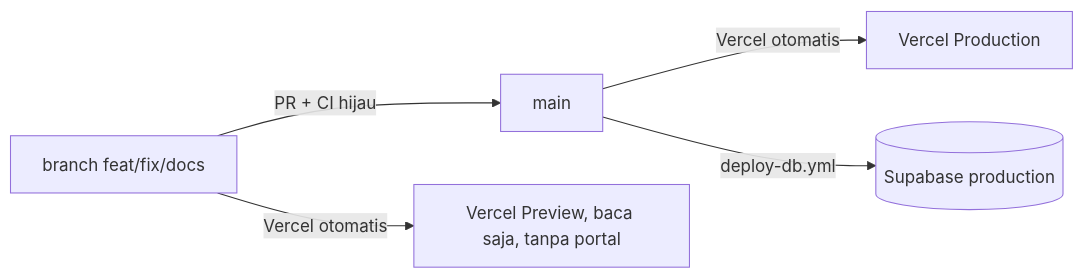
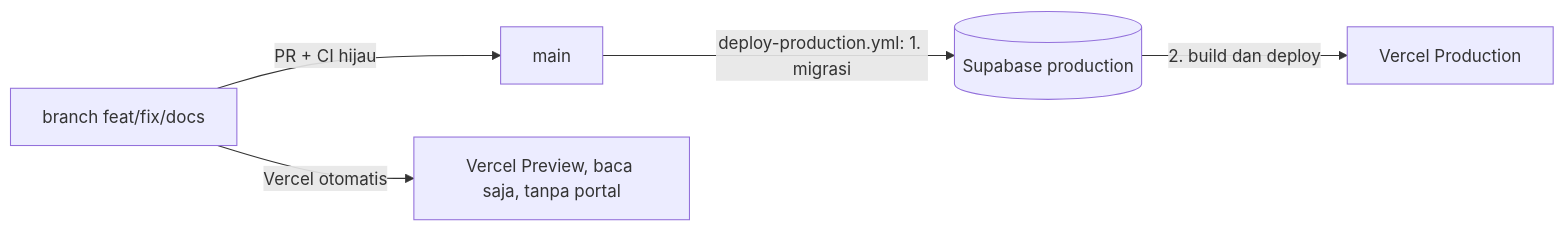
One commit to kisg-project/kisg-web changed the diagram in docs/ci-cd.md. Above: the diagram before and after it, drawn with Mermaid. The commit also changed other lines of this file and 12 other files, not shown here.

First line of the commit message:
ci: migrate before deploying production, tolerate unmigrated schema in Preview

````diff
--- a/docs/ci-cd.md
+++ b/docs/ci-cd.md
@@ -7,7 +7,7 @@
 ```mermaid
 flowchart LR
   F[branch feat/fix/docs] -->|PR + CI hijau| M[main]
-  M -->|Vercel otomatis| P[Vercel Production]
-  M -->|deploy-db.yml| DB[(Supabase production)]
+  M -->|deploy-production.yml: 1. migrasi| DB[(Supabase production)]
+  DB -->|2. build dan deploy| P[Vercel Production]
   F -->|Vercel otomatis| PV[Vercel Preview, baca saja, tanpa portal]
 ```
````
